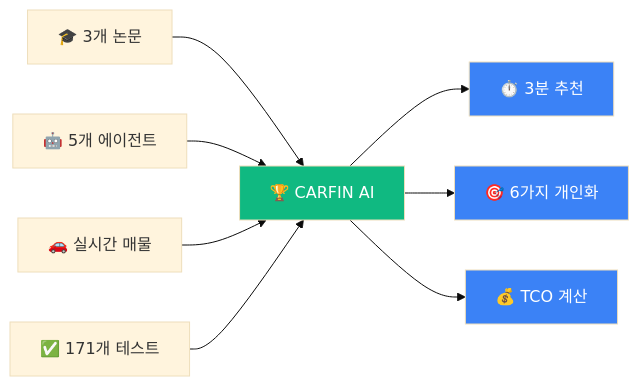
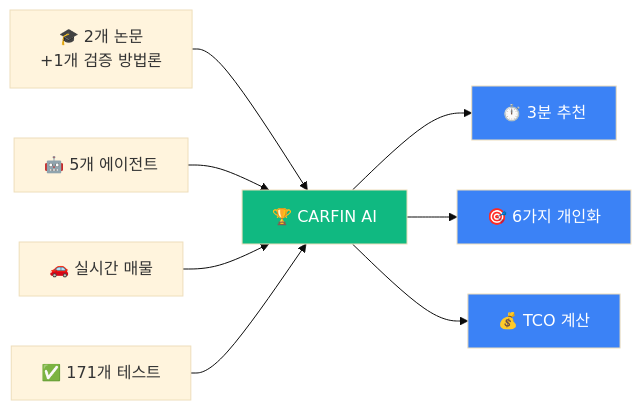
One commit to SeSAC-DA1/CarFin_AI_Final changed the fifth of 8 diagrams in README.md. Above: the diagram before and after it, drawn with Mermaid (base theme).

Commit message:
🔧 Fix: 논문 개수 정확성 수정 (3개 → 2개 논문 + 1개 검증 방법론)
- MACRec (SIGIR 2024) - 논문
- Alibaba Re-ranking (RecSys 2019) - 논문
- TOPSIS - 검증된 방법론 (다수 연구 2018-2024)

🤖 Generated with [Claude Code](https://claude.com/claude-code)

````diff
--- a/README.md
+++ b/README.md
@@ -246,16 +246,16 @@
 ```mermaid
 flowchart LR
-    A["🎓 3개 논문"] --> Result["🏆 CARFIN AI"]
+    A["🎓 2개 논문<br/>+1개 검증 방법론"] --> Result["🏆 CARFIN AI"]
     B["🤖 5개 에이전트"] --> Result
     C["🚗 실시간 매물"] --> Result
     D["✅ 171개 테스트"] --> Result
 
     Result --> E["⏱️ 3분 추천"]
     Result --> F["🎯 6가지 개인화"]
     Result --> G["💰 TCO 계산"]
 
     style Result fill:#10B981,color:#fff
     style E fill:#3B82F6,color:#fff
     style F fill:#3B82F6,color:#fff
     style G fill:#3B82F6,color:#fff
 ```
````
